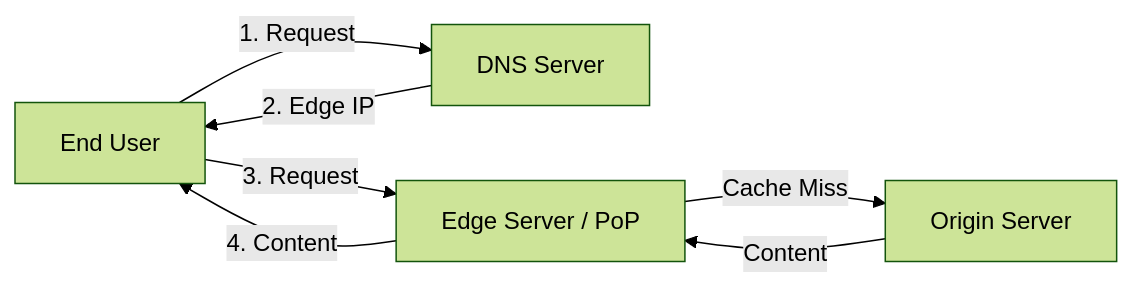
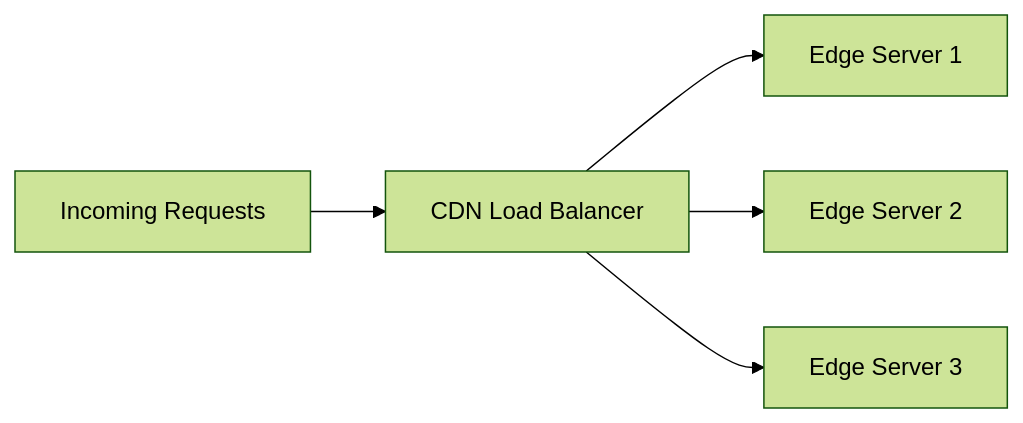
The fifth of 5 diagrams in docs/cdn-deep-dive.md (Jyotishmoy12/jyotishmoy-portfolio), drawn with Mermaid (forest theme) before and after one commit. The commit also changed other lines of this file and 1 other file, not shown here.

Commit message:
added cdn blog

````diff
--- a/docs/cdn-deep-dive.md
+++ b/docs/cdn-deep-dive.md
@@ -19,9 +198,7 @@
 ```mermaid
-graph LR
-    User[End User] -->|1. Request| DNS[DNS Server]
-    DNS -->|2. Edge IP| User
-    User -->|3. Request| Edge[Edge Server / PoP]
-    Edge -- Cache Miss --> Origin[Origin Server]
-    Origin -- Content --> Edge
-    Edge -- 4. Content --> User
+flowchart LR
+    Users[Incoming Requests] --> LB[CDN Load Balancer]
+    LB --> S1[Edge Server 1]
+    LB --> S2[Edge Server 2]
+    LB --> S3[Edge Server 3]
 ```
````
